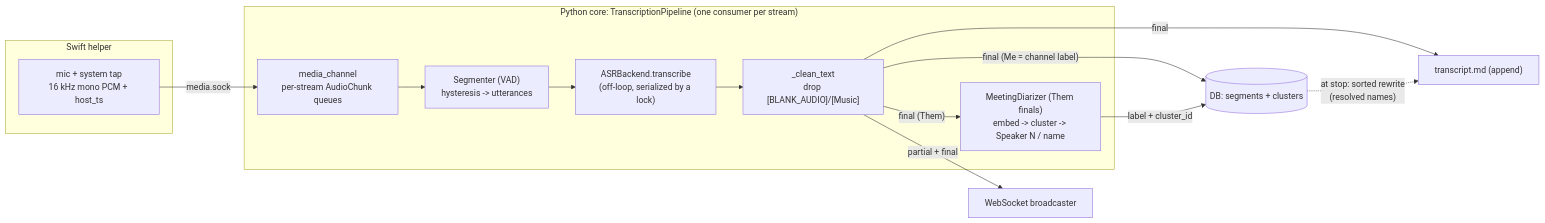
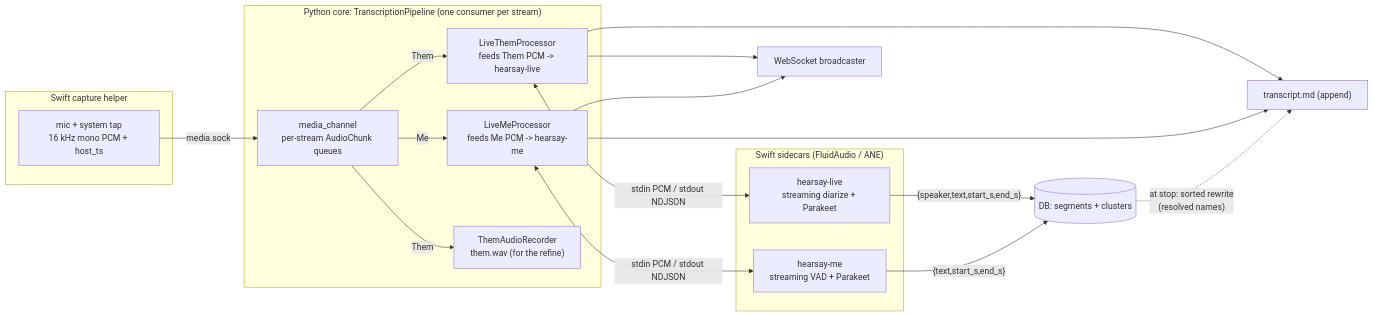
Before and after one commit to rwiseman87/hearsay: the first of 2 diagrams in docs/pipeline.md, drawn with Mermaid. The commit also changed other lines of this file and 3 other files, not shown here.

First line of the commit message:
docs: rewrite architecture/pipeline/dev/api docs for the Swift sidecar pivot

````diff
--- a/docs/pipeline.md
+++ b/docs/pipeline.md
@@ -10,21 +11,29 @@
 ```mermaid
 flowchart LR
-  subgraph Helper["Swift helper"]
+  subgraph Helper["Swift capture helper"]
     Cap["mic + system tap\n16 kHz mono PCM + host_ts"]
   end
   subgraph Core["Python core: TranscriptionPipeline (one consumer per stream)"]
     MC["media_channel\nper-stream AudioChunk queues"]
-    Seg["Segmenter (VAD)\nhysteresis -> utterances"]
-    ASR["ASRBackend.transcribe\n(off-loop, serialized by a lock)"]
-    Clean["_clean_text\ndrop [BLANK_AUDIO]/[Music]"]
-    Diar["MeetingDiarizer (Them finals)\nembed -> cluster -> Speaker N / name"]
-    Seg --> ASR --> Clean
-    Clean -->|"final (Them)"| Diar
+    Them["LiveThemProcessor\nfeeds Them PCM -> hearsay-live"]
+    Me["LiveMeProcessor\nfeeds Me PCM -> hearsay-me"]
+    Rec["ThemAudioRecorder\nthem.wav (for the refine)"]
+    MC -->|Them| Them
+    MC -->|Me| Me
+    MC -->|Them| Rec
   end
-  Cap -- media.sock --> MC --> Seg
-  Clean -->|"final (Me = channel label)"| DB[("DB: segments + clusters")]
-  Diar -->|"label + cluster_id"| DB
-  Clean -->|final| MD["transcript.md (append)"]
-  Clean -->|partial + final| WS["WebSocket broadcaster"]
+  subgraph Sidecars["Swift sidecars (FluidAudio / ANE)"]
+    SL["hearsay-live\nstreaming diarize + Parakeet"]
+    SM["hearsay-me\nstreaming VAD + Parakeet"]
+  end
+  Cap -- media.sock --> MC
+  Them <-- "stdin PCM / stdout NDJSON" --> SL
+  Me <-- "stdin PCM / stdout NDJSON" --> SM
+  SL -->|"{speaker,text,start_s,end_s}"| DB[("DB: segments + clusters")]
+  SM -->|"{text,start_s,end_s}"| DB
+  Them --> MD["transcript.md (append)"]
+  Me --> MD
+  Them --> WS["WebSocket broadcaster"]
+  Me --> WS
   DB -. "at stop: sorted rewrite\n(resolved names)" .-> MD
 ```
````
